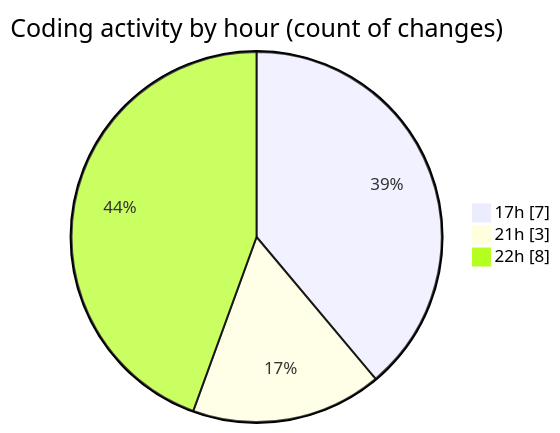
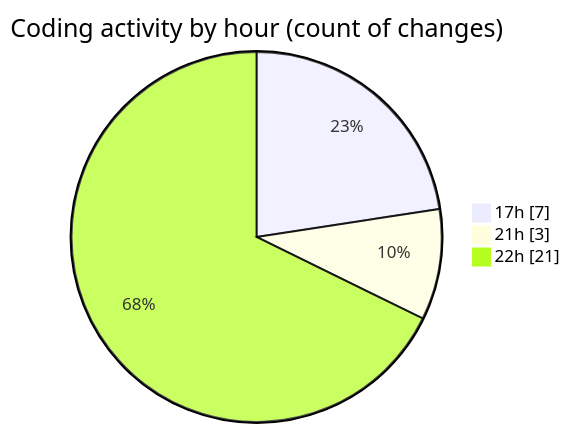
One commit to lephambinh05/code-tracking changed the second of 2 diagrams in 2025-09-12/datanv/README.md. Above: the diagram before and after it, drawn with Mermaid. The commit also changed other lines of this file and 1 other file, not shown here.

````diff
--- a/2025-09-12/datanv/README.md
+++ b/2025-09-12/datanv/README.md
@@ -33,7 +34,7 @@
 ```mermaid
 pie showData
 title Coding activity by hour (count of changes)
 "17h" : 7
 "21h" : 3
-"22h" : 8
+"22h" : 21
 ```
````
